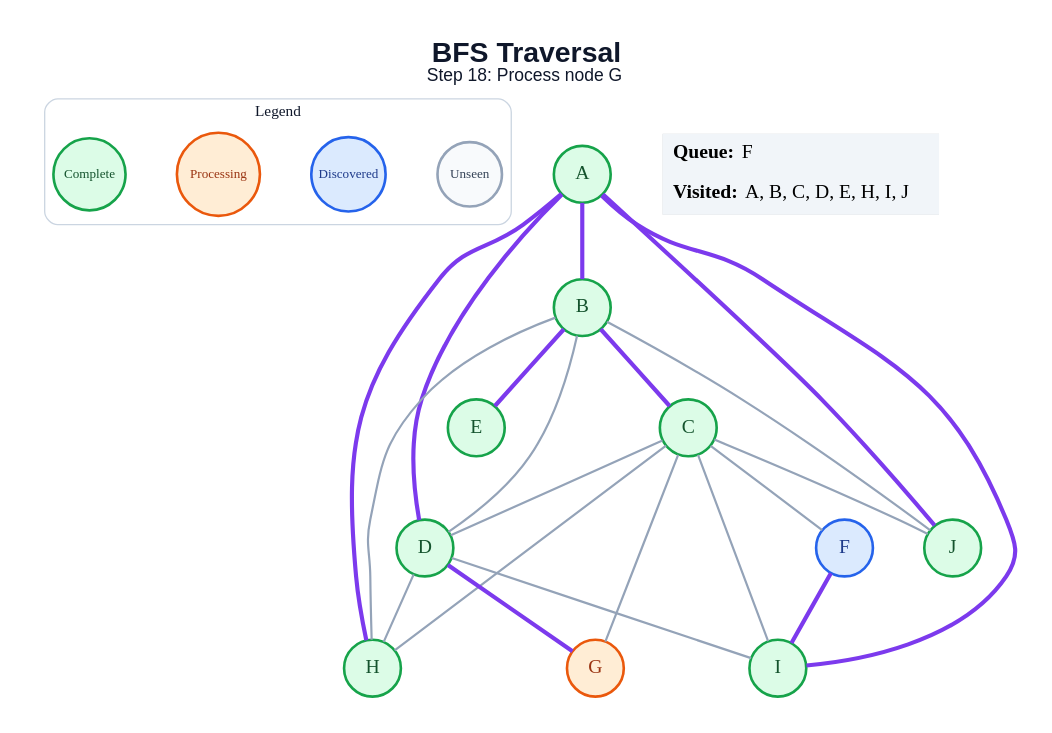
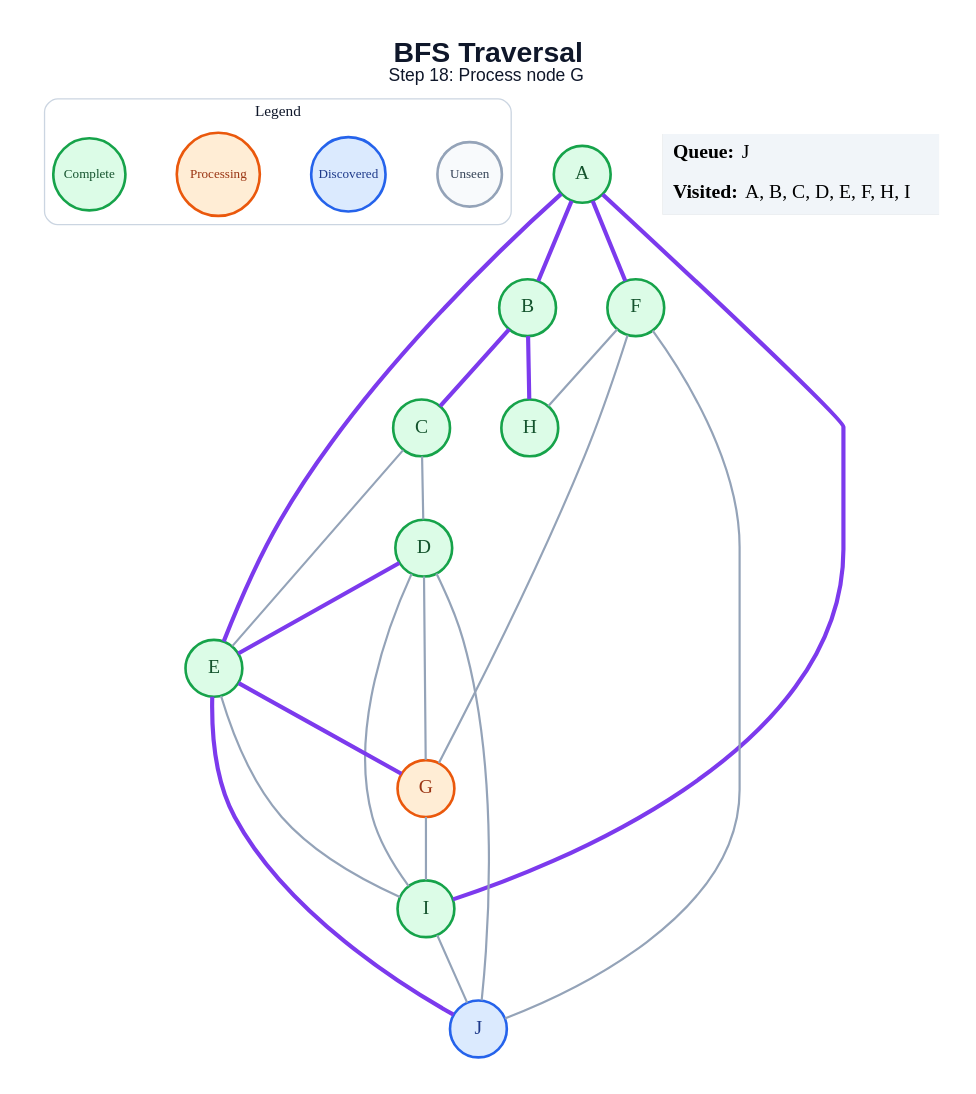
One commit to amanghodawala9/ai-slop changed the diagram in generated/bfs/step_18.dot. Above: the diagram before and after it, drawn with Graphviz. The commit also changed 178 other files, not shown here.

```diff
--- a/generated/bfs/step_18.dot
+++ b/generated/bfs/step_18.dot
@@ -1,49 +1,49 @@
 graph traversal {
   graph [layout=dot, rankdir=TB, bgcolor="#FFFFFF", pad="0.35", nodesep="0.65", ranksep="0.8", fontname="Arial"];
   node [shape=circle, style="filled", fontname="Arial Bold", fontsize=18, width=0.72, fixedsize=true, penwidth=2.4];
   edge [color="#94A3B8", penwidth=2.0];
   label=<<B>BFS Traversal</B><BR/><FONT POINT-SIZE="16">Step 18: Process node G</FONT>>; labelloc="t"; fontsize=26; fontname="Arial"; fontcolor="#0F172A";
   subgraph cluster_legend { label="Legend"; color="#CBD5E1"; penwidth=1.2; style="rounded"; fontsize=14; fontname="Arial Bold";
     key_unseen [label="Unseen", fillcolor="#F8FAFC", color="#94A3B8", fontcolor="#334155", fontsize=12, width=0.82];
     key_frontier [label="Discovered", fillcolor="#DBEAFE", color="#2563EB", fontcolor="#1E3A8A", fontsize=12, width=0.95];
     key_current [label="Processing", fillcolor="#FFEDD5", color="#EA580C", fontcolor="#9A3412", fontsize=12, width=1.05];
     key_done [label="Complete", fillcolor="#DCFCE7", color="#16A34A", fontcolor="#14532D", fontsize=12, width=0.92];
     { rank=same; key_unseen; key_frontier; key_current; key_done; }
   }
   A [fillcolor="#DCFCE7", color="#16A34A", fontcolor="#14532D"];
   B [fillcolor="#DCFCE7", color="#16A34A", fontcolor="#14532D"];
   C [fillcolor="#DCFCE7", color="#16A34A", fontcolor="#14532D"];
   D [fillcolor="#DCFCE7", color="#16A34A", fontcolor="#14532D"];
   E [fillcolor="#DCFCE7", color="#16A34A", fontcolor="#14532D"];
-  F [fillcolor="#DBEAFE", color="#2563EB", fontcolor="#1E3A8A"];
+  F [fillcolor="#DCFCE7", color="#16A34A", fontcolor="#14532D"];
   G [fillcolor="#FFEDD5", color="#EA580C", fontcolor="#9A3412"];
   H [fillcolor="#DCFCE7", color="#16A34A", fontcolor="#14532D"];
   I [fillcolor="#DCFCE7", color="#16A34A", fontcolor="#14532D"];
-  J [fillcolor="#DCFCE7", color="#16A34A", fontcolor="#14532D"];
+  J [fillcolor="#DBEAFE", color="#2563EB", fontcolor="#1E3A8A"];
   A -- B [color="#7C3AED", penwidth=3.8];
-  A -- D [color="#7C3AED", penwidth=3.8];
-  A -- H [color="#7C3AED", penwidth=3.8];
+  A -- E [color="#7C3AED", penwidth=3.8];
+  A -- F [color="#7C3AED", penwidth=3.8];
   A -- I [color="#7C3AED", penwidth=3.8];
-  A -- J [color="#7C3AED", penwidth=3.8];
   B -- C [color="#7C3AED", penwidth=3.8];
-  B -- D;
-  B -- E [color="#7C3AED", penwidth=3.8];
-  B -- H;
-  B -- J;
+  B -- H [color="#7C3AED", penwidth=3.8];
   C -- D;
-  C -- F;
-  C -- G;
-  C -- H;
-  C -- I;
-  C -- J;
-  D -- G [color="#7C3AED", penwidth=3.8];
-  D -- H;
+  C -- E;
+  D -- E [color="#7C3AED", penwidth=3.8];
+  D -- G;
   D -- I;
-  F -- I [color="#7C3AED", penwidth=3.8];
+  D -- J;
+  E -- G [color="#7C3AED", penwidth=3.8];
+  E -- I;
+  E -- J [color="#7C3AED", penwidth=3.8];
+  F -- G;
+  F -- H;
+  F -- J;
+  G -- I;
+  I -- J;
   status [shape=plain, fixedsize=false, width=0, height=0, margin=0, label=<
     <TABLE BORDER="0" CELLBORDER="0" CELLPADDING="7" BGCOLOR="#F1F5F9">
-      <TR><TD ALIGN="LEFT"><B>Queue:</B> F</TD></TR>
-      <TR><TD ALIGN="LEFT"><B>Visited:</B> A, B, C, D, E, H, I, J</TD></TR>
+      <TR><TD ALIGN="LEFT"><B>Queue:</B> J</TD></TR>
+      <TR><TD ALIGN="LEFT"><B>Visited:</B> A, B, C, D, E, F, H, I</TD></TR>
     </TABLE>
   >];
 }
```
